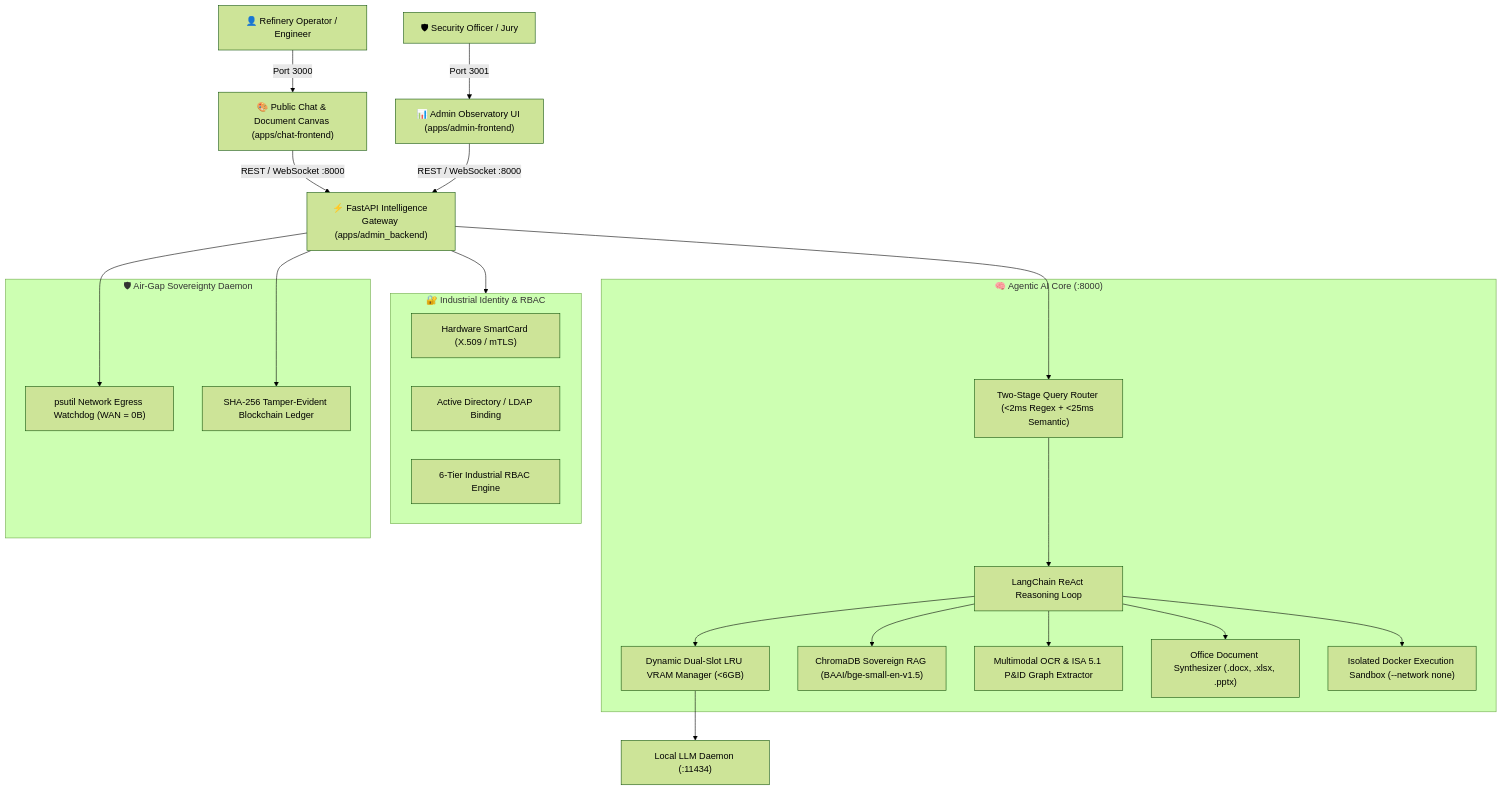
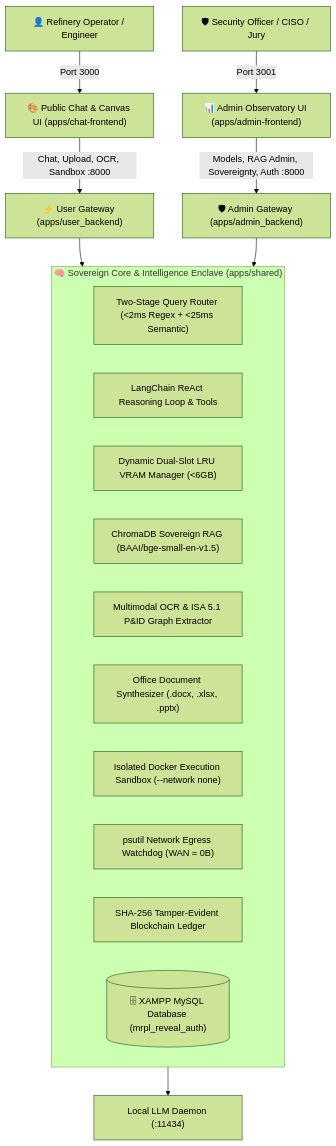
The diagram in README.md (Deepak0205p/hackbusters-devlopment), drawn with Mermaid (forest theme) before and after one commit. The commit also changed other lines of this file, not shown here.

Commit message:
docs: comprehensive update to README with microservices architecture and exact directory tree

````diff
--- a/README.md
+++ b/README.md
@@ -44,39 +44,25 @@
 ```mermaid
 graph TD
-    User["👤 Refinery Operator / Engineer"] -->|Port 3000| ChatUI["🎨 Public Chat & Document Canvas (apps/chat-frontend)"]
-    Admin["🛡 Security Officer / Jury"] -->|Port 3001| AdminUI["📊 Admin Observatory UI (apps/admin-frontend)"]
+    User["👤 Refinery Operator / Engineer"] -->|Port 3000| ChatUI["🎨 Public Chat & Canvas UI (apps/chat-frontend)"]
+    Admin["🛡 Security Officer / CISO / Jury"] -->|Port 3001| AdminUI["📊 Admin Observatory UI (apps/admin-frontend)"]
     
-    ChatUI -->|REST / WebSocket :8000| Backend["⚡ FastAPI Intelligence Gateway (apps/admin_backend)"]
-    AdminUI -->|REST / WebSocket :8000| Backend
+    ChatUI -->|Chat, Upload, OCR, Sandbox :8000| UserBackend["⚡ User Gateway (apps/user_backend)"]
+    AdminUI -->|Models, RAG Admin, Sovereignty, Auth :8000| AdminBackend["🛡 Admin Gateway (apps/admin_backend)"]
     
-    subgraph Auth_Layer ["🔐 Industrial Identity & RBAC"]
-        PKI["Hardware SmartCard (X.509 / mTLS)"]
-        LDAP["Active Directory / LDAP Binding"]
-        RBAC["6-Tier Industrial RBAC Engine"]
-    end
-    
-    subgraph Intelligence_Core ["🧠 Agentic AI Core (:8000)"]
+    subgraph Shared_Core ["🧠 Sovereign Core & Intelligence Enclave (apps/shared)"]
         Router["Two-Stage Query Router (<2ms Regex + <25ms Semantic)"]
-        ReAct["LangChain ReAct Reasoning Loop"]
+        ReAct["LangChain ReAct Reasoning Loop & Tools"]
         VRAMMgr["Dynamic Dual-Slot LRU VRAM Manager (<6GB)"]
         RAG["ChromaDB Sovereign RAG (BAAI/bge-small-en-v1.5)"]
         OCR["Multimodal OCR & ISA 5.1 P&ID Graph Extractor"]
         OfficeGen["Office Document Synthesizer (.docx, .xlsx, .pptx)"]
         DockerSandbox["Isolated Docker Execution Sandbox (--network none)"]
+        SocketWatchdog["psutil Network Egress Watchdog (WAN = 0B)"]
+        TamperLedger["SHA-256 Tamper-Evident Blockchain Ledger"]
+        MySQL_DB[("🗄 XAMPP MySQL Database (mrpl_reveal_auth)")]
     end
     
-    subgraph Sovereignty_Enclave ["🛡 Air-Gap Sovereignty Daemon"]
-        SocketWatchdog["psutil Network Egress Watchdog (WAN = 0B)"]
-        TamperLedger["SHA-256 Tamper-Evident Blockchain Ledger"]
-    end
-    
-    Backend --> Auth_Layer
-    Backend --> Router --> ReAct
-    ReAct --> VRAMMgr --> Ollama["Local LLM Daemon (:11434)"]
-    ReAct --> RAG
-    ReAct --> OCR
-    ReAct --> OfficeGen
-    ReAct --> DockerSandbox
-    Backend --> SocketWatchdog
-    Backend --> TamperLedger
+    UserBackend --> Shared_Core
+    AdminBackend --> Shared_Core
+    Shared_Core --> Ollama["Local LLM Daemon (:11434)"]
 ```
````
